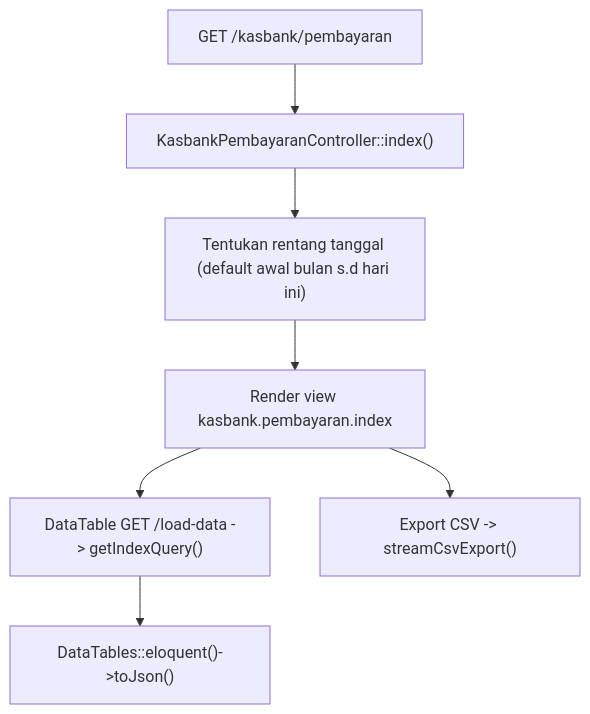
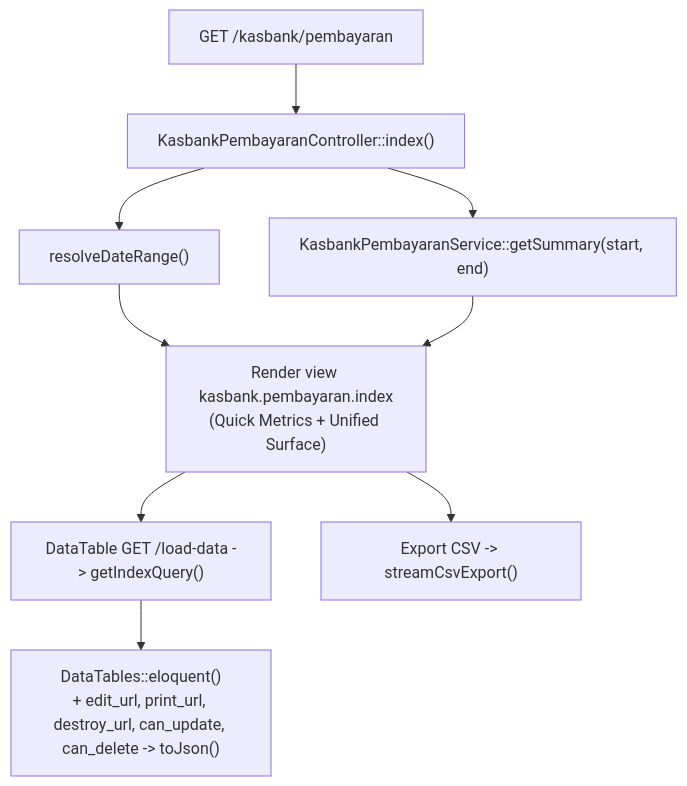
One commit to AltamaSidoarjo/laravel-siakurat-pt-smt changed the first of 4 diagrams in dokumentasi/kasbank-pembayaran.md. Above: the diagram before and after it, drawn with Mermaid. The commit also changed other lines of this file and 15 other files, not shown here.

First line of the commit message:
feat(ui): redesign index jurnal umum dan kasbank dengan modern datatable dan kartu ringkasan

````diff
--- a/dokumentasi/kasbank-pembayaran.md
+++ b/dokumentasi/kasbank-pembayaran.md
@@ -58,9 +58,10 @@
 ```mermaid
 flowchart TD
     A["GET /kasbank/pembayaran"] --> B["KasbankPembayaranController::index()"]
-    B --> C["Tentukan rentang tanggal (default awal bulan s.d hari ini)"]
-    C --> D["Render view kasbank.pembayaran.index"]
+    B --> C["resolveDateRange()"]
+    B --> C1["KasbankPembayaranService::getSummary(start, end)"]
+    C & C1 --> D["Render view kasbank.pembayaran.index\n(Quick Metrics + Unified Surface)"]
     D --> E["DataTable GET /load-data -> getIndexQuery()"]
-    E --> F["DataTables::eloquent()->toJson()"]
+    E --> F["DataTables::eloquent()\n+ edit_url, print_url, destroy_url, can_update, can_delete -> toJson()"]
     D --> G["Export CSV -> streamCsvExport()"]
 ```
````
